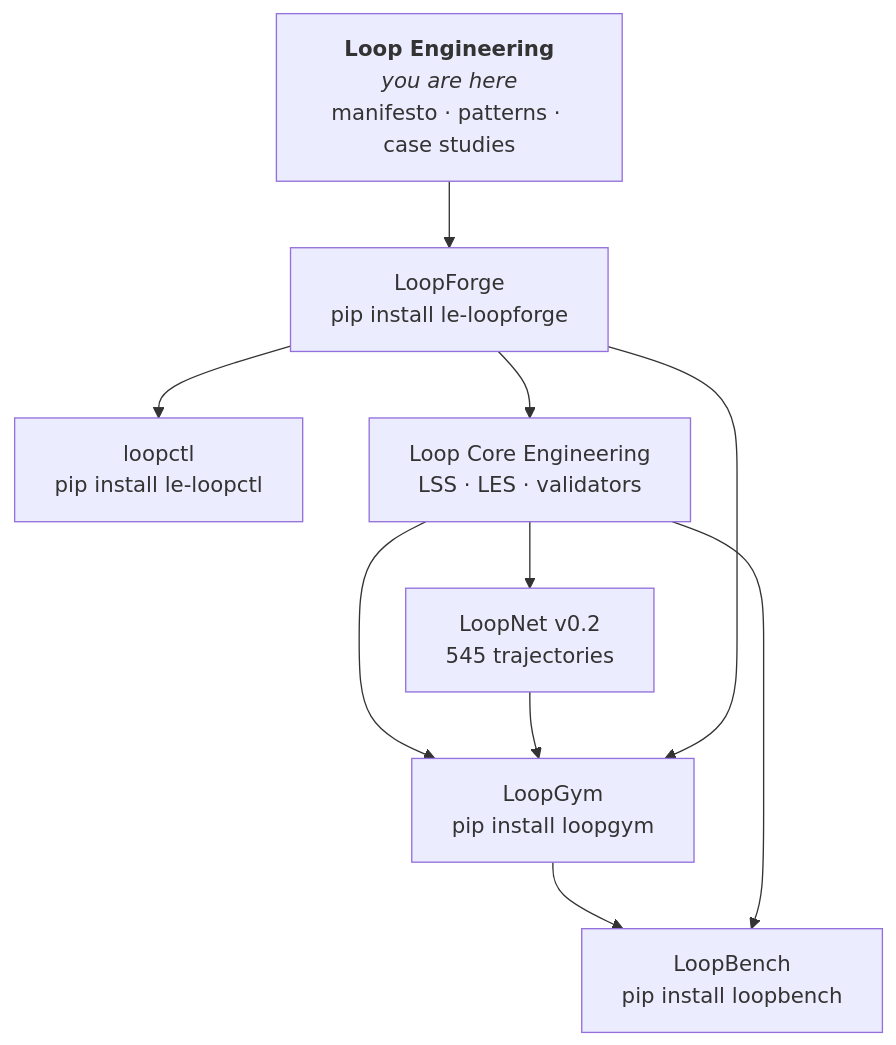
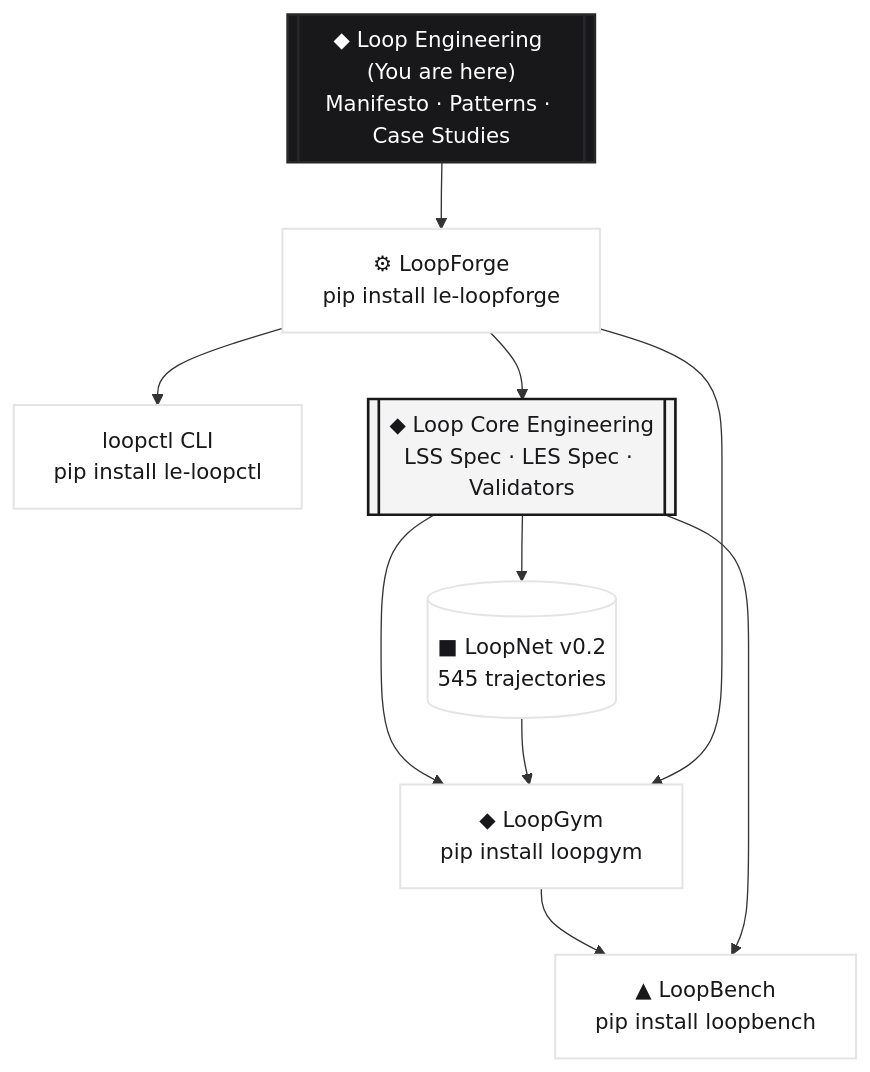
One commit to KanakMalpani/Loop-Engineering changed the diagram in README.md. Above: the diagram before and after it, drawn with Mermaid. The commit also changed other lines of this file and 1 other file, not shown here.

````diff
--- a/README.md
+++ b/README.md
@@ -62,20 +68,24 @@
 ```mermaid
-flowchart TB
-  DOCS["<b>Loop Engineering</b><br/><i>you are here</i><br/>manifesto · patterns · case studies"]
-  FORGE["LoopForge<br/>pip install le-loopforge"]
-  CTL["loopctl<br/>pip install le-loopctl"]
-  CORE["Loop Core Engineering<br/>LSS · LES · validators"]
-  NET["LoopNet v0.2<br/>545 trajectories"]
-  GYM["LoopGym<br/>pip install loopgym"]
-  BENCH["LoopBench<br/>pip install loopbench"]
+flowchart TD
+  classDef primary fill:#18181b,stroke:#27272a,stroke-width:2px,color:#ffffff;
+  classDef highlight fill:#f4f4f5,stroke:#18181b,stroke-width:2px,color:#18181b;
+  classDef standard fill:#ffffff,stroke:#e4e4e7,stroke-width:1.5px,color:#18181b;
+
+  DOCS[["◆ Loop Engineering <br/>(You are here)<br/>Manifesto · Patterns · Case Studies"]]:::primary
+  FORGE["⚙ LoopForge<br/>pip install le-loopforge"]:::standard
+  CTL["loopctl CLI<br/>pip install le-loopctl"]:::standard
+  CORE[["◆ Loop Core Engineering<br/>LSS Spec · LES Spec · Validators"]]:::highlight
+  NET[("■ LoopNet v0.2<br/>545 trajectories")]:::standard
+  GYM["◆ LoopGym<br/>pip install loopgym"]:::standard
+  BENCH["▲ LoopBench<br/>pip install loopbench"]:::standard
 
   DOCS --> FORGE
   FORGE --> CTL
   FORGE --> CORE
   CORE --> NET
   CORE --> GYM
   NET --> GYM
   GYM --> BENCH
   CORE --> BENCH
   FORGE --> GYM
 ```
````
